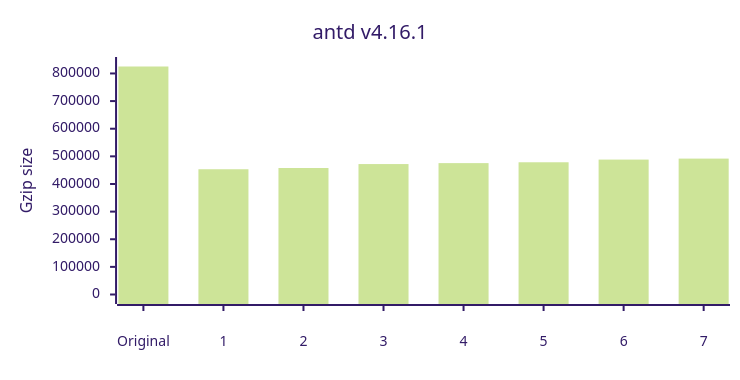
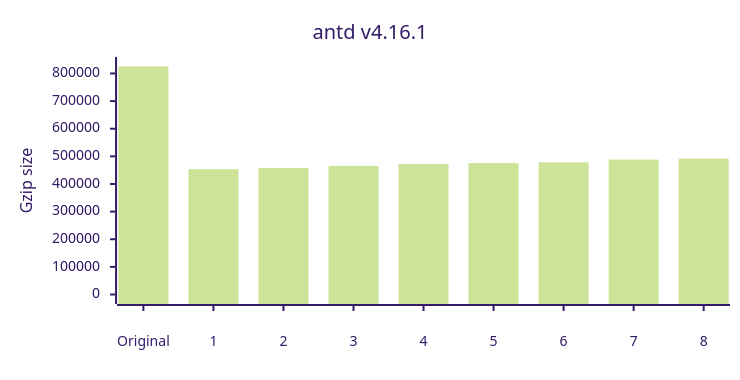
Diagram 11 of 12 in README.md (privatenumber/minification-benchmarks), drawn with Mermaid (forest theme) before and after one commit. The commit also changed other lines of this file and 1 other file, not shown here.

````diff
--- a/README.md
+++ b/README.md
@@ -459,17 +470,17 @@
 ```mermaid
 ---
 config:
     xyChart:
         width: 720
         height: 360
         xAxis:
             labelPadding: 20
         yAxis:
             labelPadding: 10
 ---
 xychart-beta
 	title "antd v4.16.1"
-	x-axis ["Original",1,2,3,4,5,6,7]
+	x-axis ["Original",1,2,3,4,5,6,7,8]
 	y-axis "Gzip size" 0 --> 825175
-	bar [825175,453313,457786,472044,475480,478572,488279,491833]
+	bar [825175,453313,457786,465603,472044,475480,478572,488279,491833]
 ```
````
